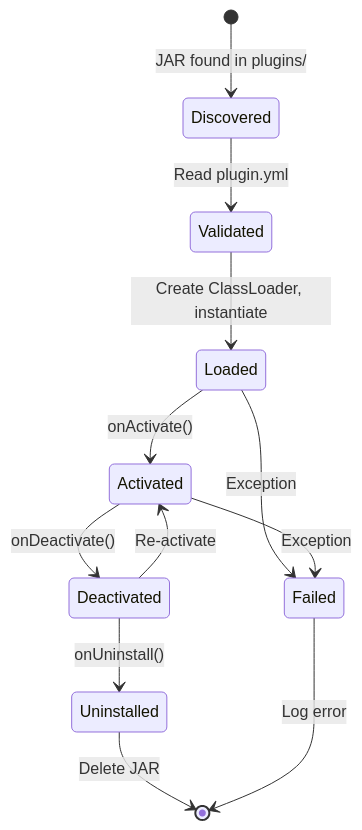
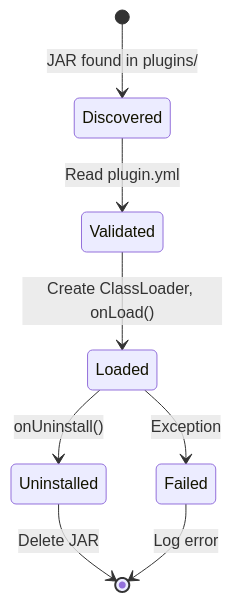
The third of 7 diagrams in docs/architecture/arc42/08-crosscutting-concepts.md (Visual-Site-Designer-VSD/visual-site-designer), drawn with Mermaid before and after one commit. The commit also changed other lines of this file and 15 other files, not shown here.

````diff
--- a/docs/architecture/arc42/08-crosscutting-concepts.md
+++ b/docs/architecture/arc42/08-crosscutting-concepts.md
@@ -422,15 +432,11 @@
 ```mermaid
 stateDiagram-v2
     [*] --> Discovered: JAR found in plugins/
     Discovered --> Validated: Read plugin.yml
-    Validated --> Loaded: Create ClassLoader, instantiate
-    Loaded --> Activated: onActivate()
-    Activated --> Deactivated: onDeactivate()
-    Deactivated --> Activated: Re-activate
-    Deactivated --> Uninstalled: onUninstall()
+    Validated --> Loaded: Create ClassLoader, onLoad()
+    Loaded --> Uninstalled: onUninstall()
     Uninstalled --> [*]: Delete JAR
 
     Loaded --> Failed: Exception
-    Activated --> Failed: Exception
     Failed --> [*]: Log error
 ```
````
